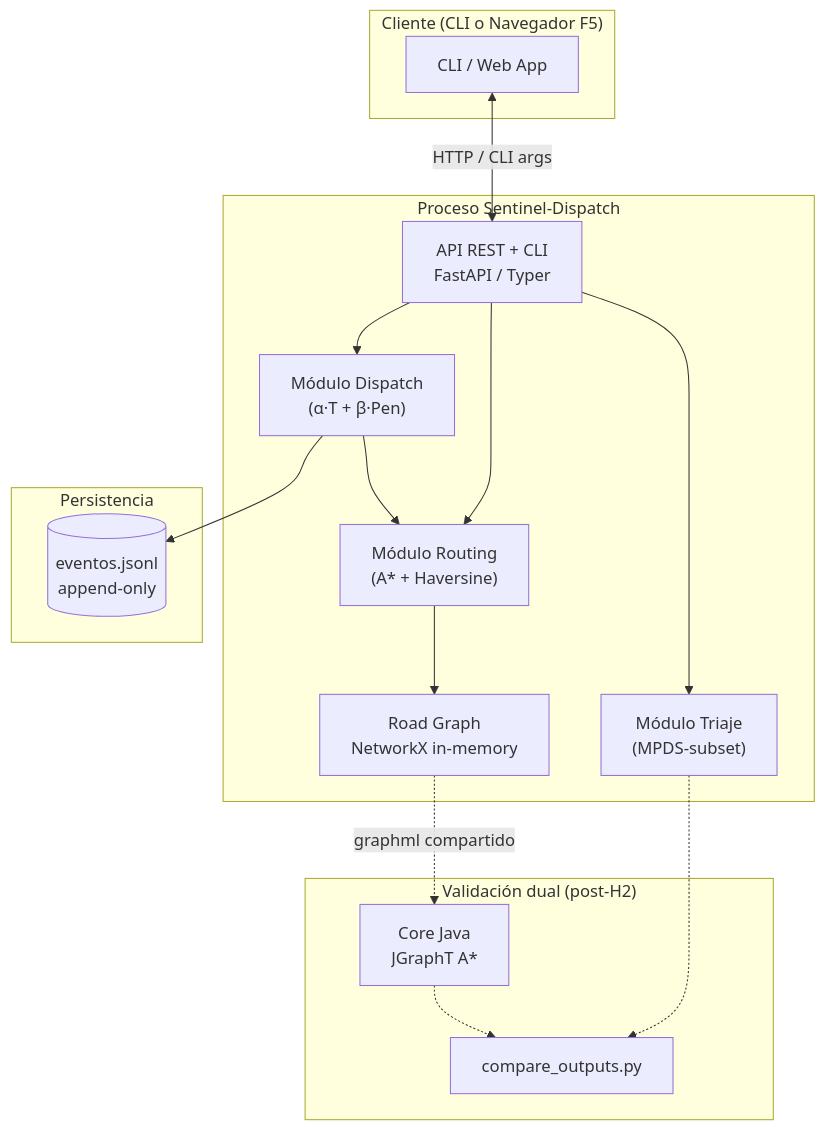
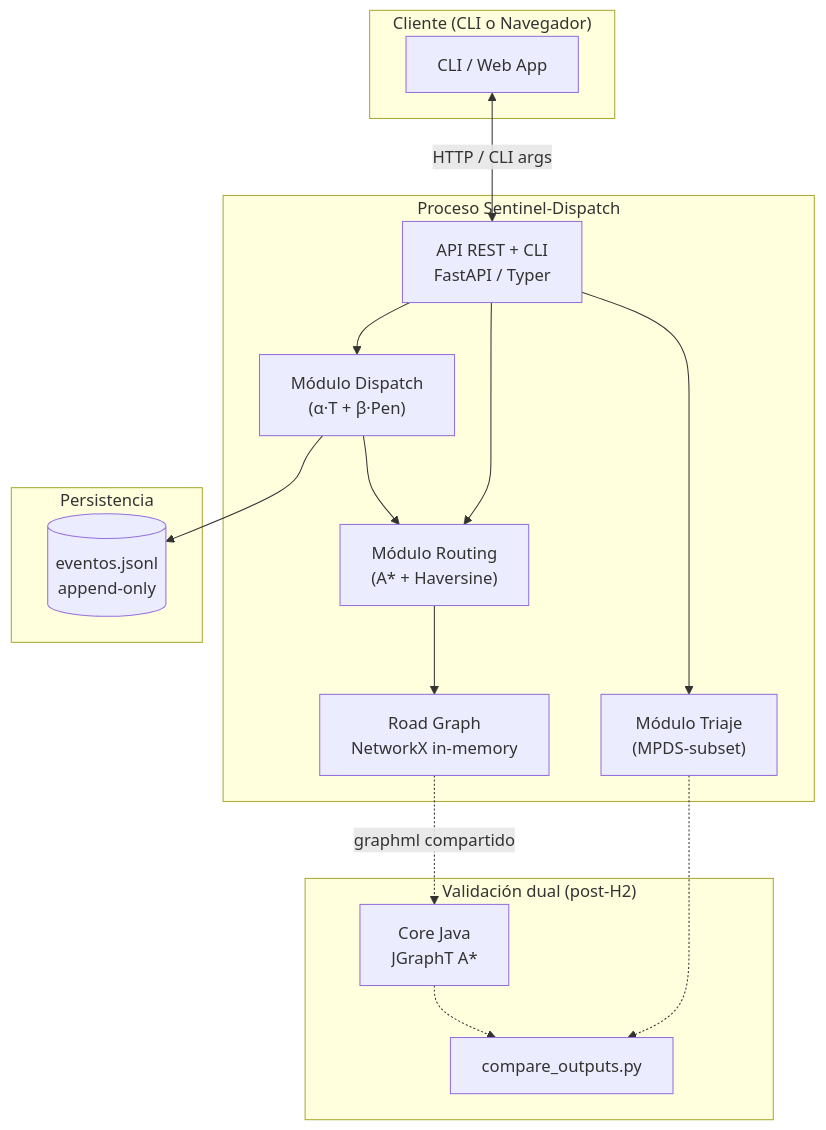
Before and after one commit to Jacket-69/sentinel-dispatch: the second of 5 diagrams in docs/architecture/c4.md, drawn with Mermaid. The commit also changed other lines of this file and 13 other files, not shown here.

````diff
--- a/docs/architecture/c4.md
+++ b/docs/architecture/c4.md
@@ -43,34 +43,34 @@
 ```mermaid
 flowchart TB
-    subgraph Cliente["Cliente (CLI o Navegador F5)"]
+    subgraph Cliente["Cliente (CLI o Navegador)"]
         UI["CLI / Web App"]
     end
 
     subgraph App["Proceso Sentinel-Dispatch"]
         API["API REST + CLI<br/>FastAPI / Typer"]
         Triaje["Módulo Triaje<br/>(MPDS-subset)"]
         Routing["Módulo Routing<br/>(A* + Haversine)"]
         Dispatch["Módulo Dispatch<br/>(α·T + β·Pen)"]
         Graph["Road Graph<br/>NetworkX in-memory"]
     end
 
     subgraph DualJava["Validación dual (post-H2)"]
         JavaCore["Core Java<br/>JGraphT A*"]
         Compare["compare_outputs.py"]
     end
 
     subgraph Datos["Persistencia"]
         Log[("eventos.jsonl<br/>append-only")]
     end
 
     UI <-->|HTTP / CLI args| API
     API --> Triaje
     API --> Routing
     API --> Dispatch
     Routing --> Graph
     Dispatch --> Routing
     Dispatch --> Log
     Graph -.->|graphml compartido| JavaCore
     Triaje -.-> Compare
     JavaCore -.-> Compare
 ```
````
